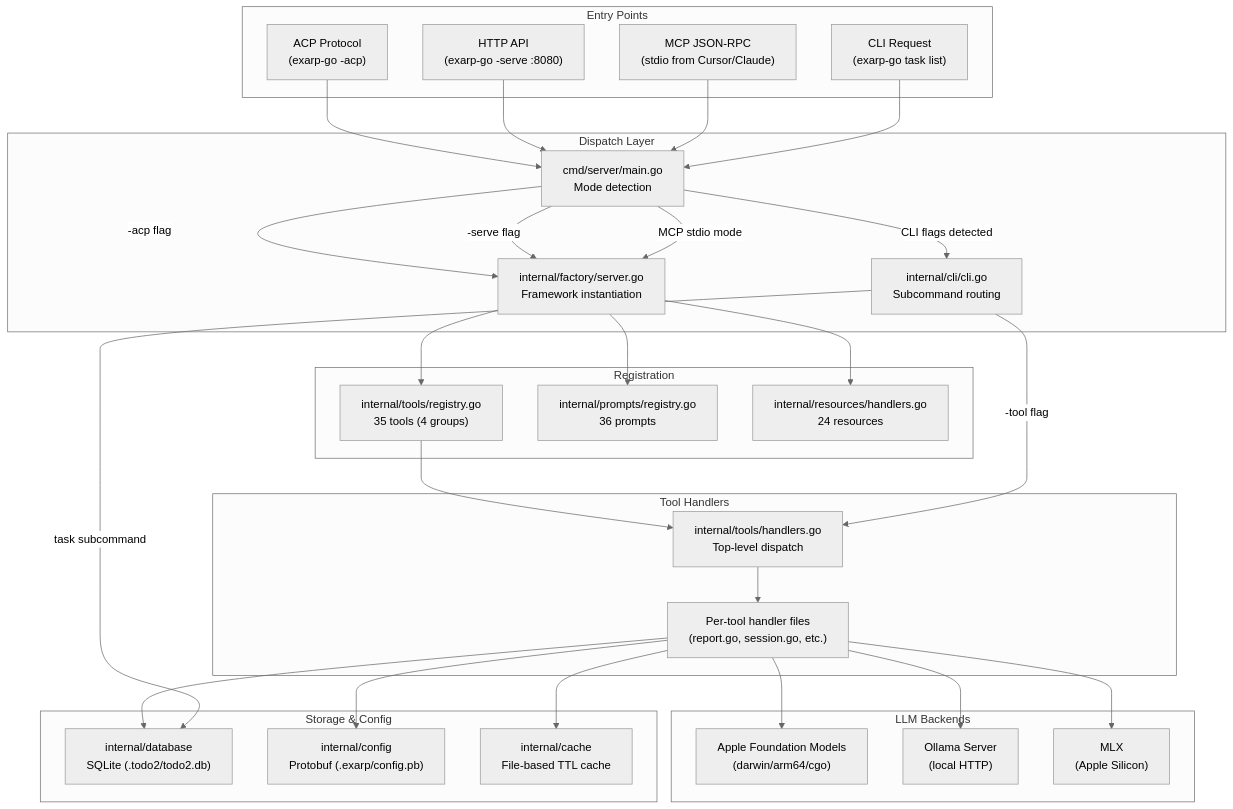
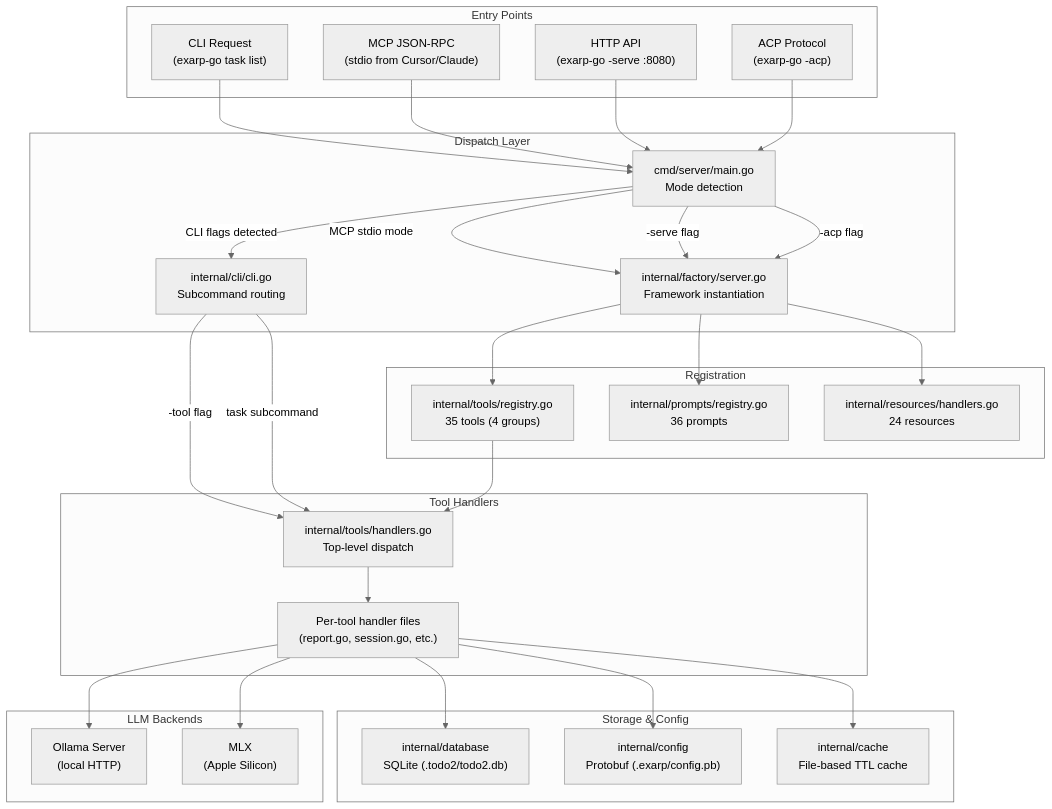
One commit to davidl71/exarp-go changed the diagram in docs/ARCHITECTURE.md. Above: the diagram before and after it, drawn with Mermaid (neutral theme). The commit also changed other lines of this file and 13 other files, not shown here.

````diff
--- a/docs/ARCHITECTURE.md
+++ b/docs/ARCHITECTURE.md
@@ -38,64 +38,62 @@
 ```mermaid
 flowchart TD
     subgraph Entry["Entry Points"]
         CLI["CLI Request<br/>(exarp-go task list)"]
         MCP["MCP JSON-RPC<br/>(stdio from Cursor/Claude)"]
         HTTP["HTTP API<br/>(exarp-go -serve :8080)"]
         ACP_IN["ACP Protocol<br/>(exarp-go -acp)"]
     end
 
     subgraph Dispatch["Dispatch Layer"]
         MAIN["cmd/server/main.go<br/>Mode detection"]
         CLI_DISPATCH["internal/cli/cli.go<br/>Subcommand routing"]
         FACTORY["internal/factory/server.go<br/>Framework instantiation"]
     end
 
     subgraph Registration["Registration"]
         TOOLS_REG["internal/tools/registry.go<br/>35 tools (4 groups)"]
         PROMPTS_REG["internal/prompts/registry.go<br/>36 prompts"]
         RESOURCES_REG["internal/resources/handlers.go<br/>24 resources"]
     end
 
     subgraph Handlers["Tool Handlers"]
         HANDLERS["internal/tools/handlers.go<br/>Top-level dispatch"]
         TOOL_IMPL["Per-tool handler files<br/>(report.go, session.go, etc.)"]
     end
 
     subgraph Storage["Storage & Config"]
         DB["internal/database<br/>SQLite (.todo2/todo2.db)"]
         CONFIG["internal/config<br/>Protobuf (.exarp/config.pb)"]
         CACHE["internal/cache<br/>File-based TTL cache"]
     end
 
     subgraph LLM["LLM Backends"]
-        FM["Apple Foundation Models<br/>(darwin/arm64/cgo)"]
         OLLAMA["Ollama Server<br/>(local HTTP)"]
         MLX["MLX<br/>(Apple Silicon)"]
     end
 
     CLI --> MAIN
     MCP --> MAIN
     HTTP --> MAIN
     ACP_IN --> MAIN
 
     MAIN -->|"CLI flags detected"| CLI_DISPATCH
     MAIN -->|"MCP stdio mode"| FACTORY
     MAIN -->|"-serve flag"| FACTORY
     MAIN -->|"-acp flag"| FACTORY
 
     FACTORY --> TOOLS_REG
     FACTORY --> PROMPTS_REG
     FACTORY --> RESOURCES_REG
 
     CLI_DISPATCH -->|"-tool flag"| HANDLERS
-    CLI_DISPATCH -->|"task subcommand"| DB
+    CLI_DISPATCH -->|"task subcommand"| HANDLERS
     TOOLS_REG --> HANDLERS
     HANDLERS --> TOOL_IMPL
 
     TOOL_IMPL --> DB
     TOOL_IMPL --> CONFIG
     TOOL_IMPL --> CACHE
-    TOOL_IMPL --> FM
     TOOL_IMPL --> OLLAMA
     TOOL_IMPL --> MLX
 ```
````
